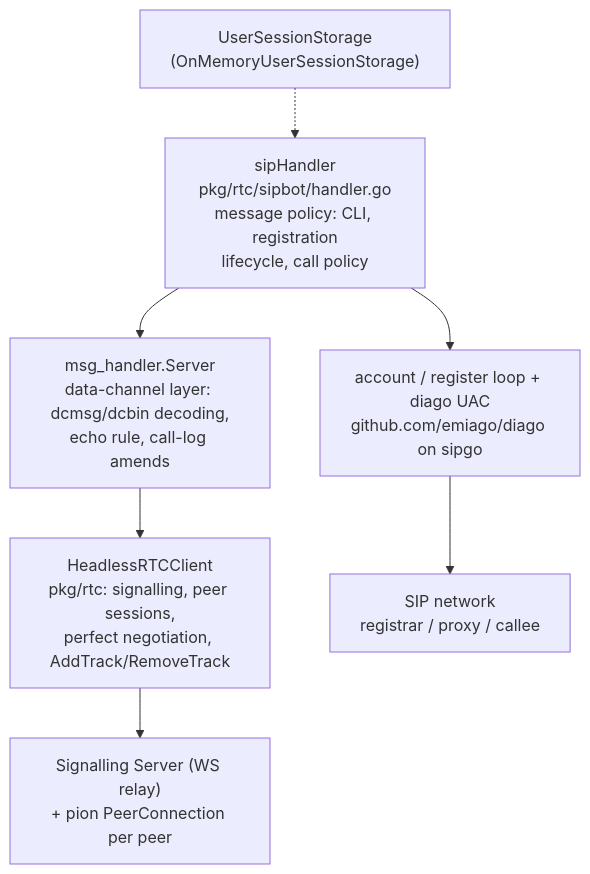
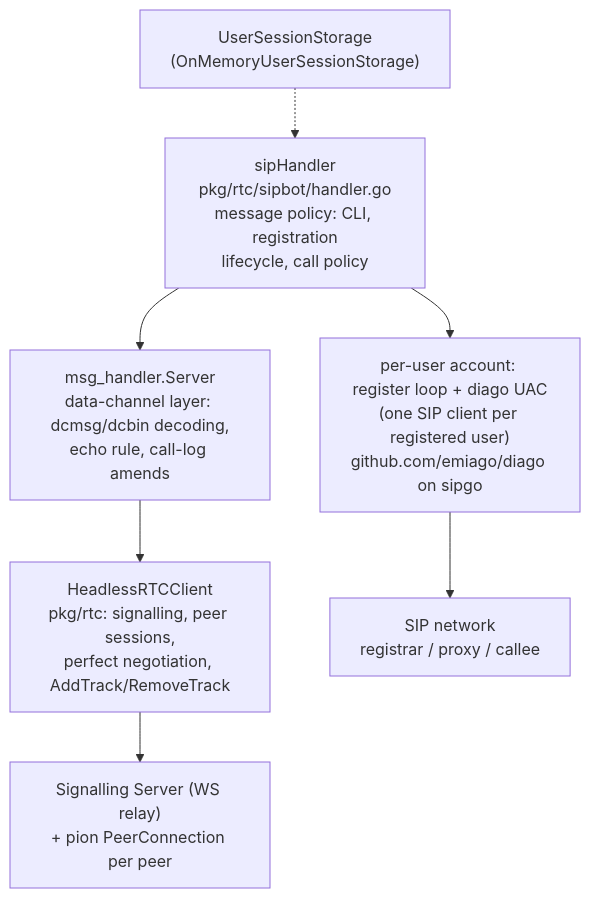
One commit to cmpxchg16b-nop/personal-site changed the first of 2 diagrams in docs/sip-bot.md. Above: the diagram before and after it, drawn with Mermaid. The commit also changed other lines of this file and 4 other files, not shown here.

````diff
--- a/docs/sip-bot.md
+++ b/docs/sip-bot.md
@@ -40,9 +40,9 @@
 ```mermaid
 graph TD
     A["sipHandler<br/>pkg/rtc/sipbot/handler.go<br/>message policy: CLI, registration<br/>lifecycle, call policy"] --> B["msg_handler.Server<br/>data-channel layer: dcmsg/dcbin decoding,<br/>echo rule, call-log amends"]
     B --> C["HeadlessRTCClient<br/>pkg/rtc: signalling, peer sessions,<br/>perfect negotiation, AddTrack/RemoveTrack"]
     C --> D["Signalling Server (WS relay)<br/>+ pion PeerConnection per peer"]
-    A --> E["account / register loop + diago UAC<br/>github.com/emiago/diago on sipgo"]
+    A --> E["per-user account: register loop + diago UAC<br/>(one SIP client per registered user)<br/>github.com/emiago/diago on sipgo"]
     E --> F["SIP network<br/>registrar / proxy / callee"]
     G["UserSessionStorage<br/>(OnMemoryUserSessionStorage)"] -.-> A
 ```
````
